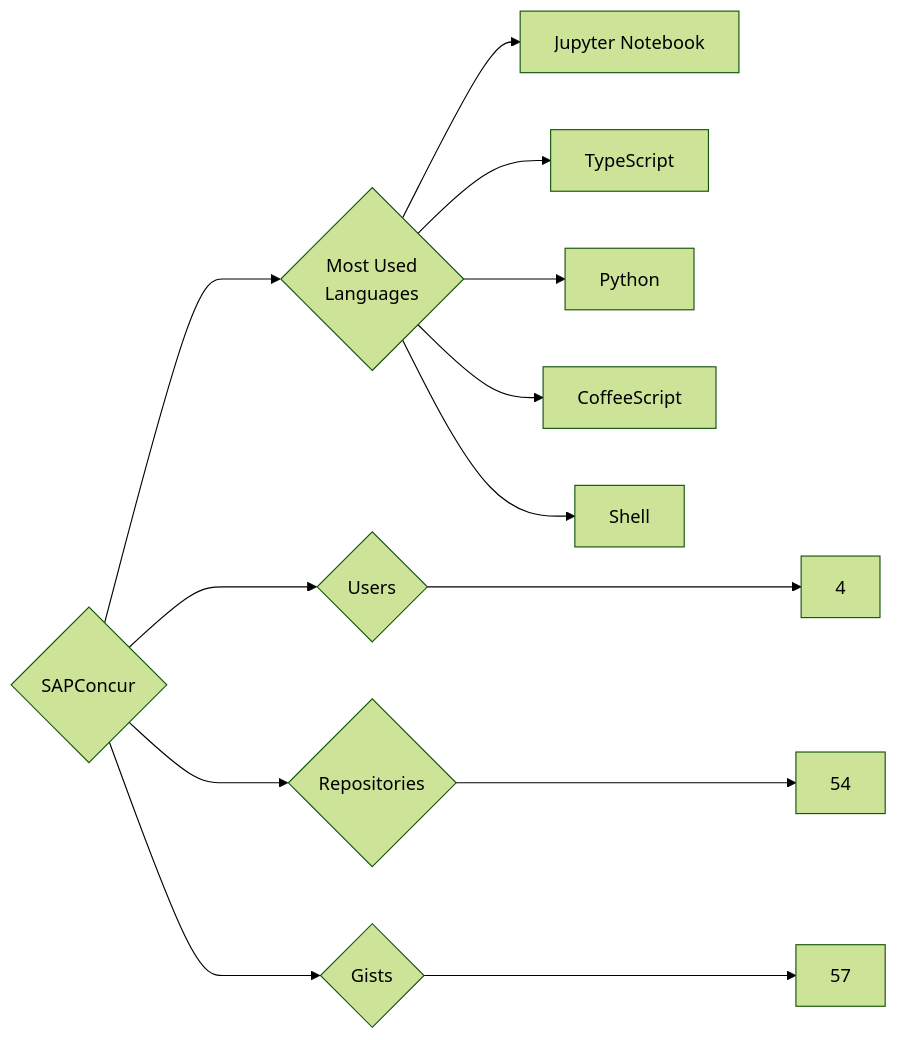
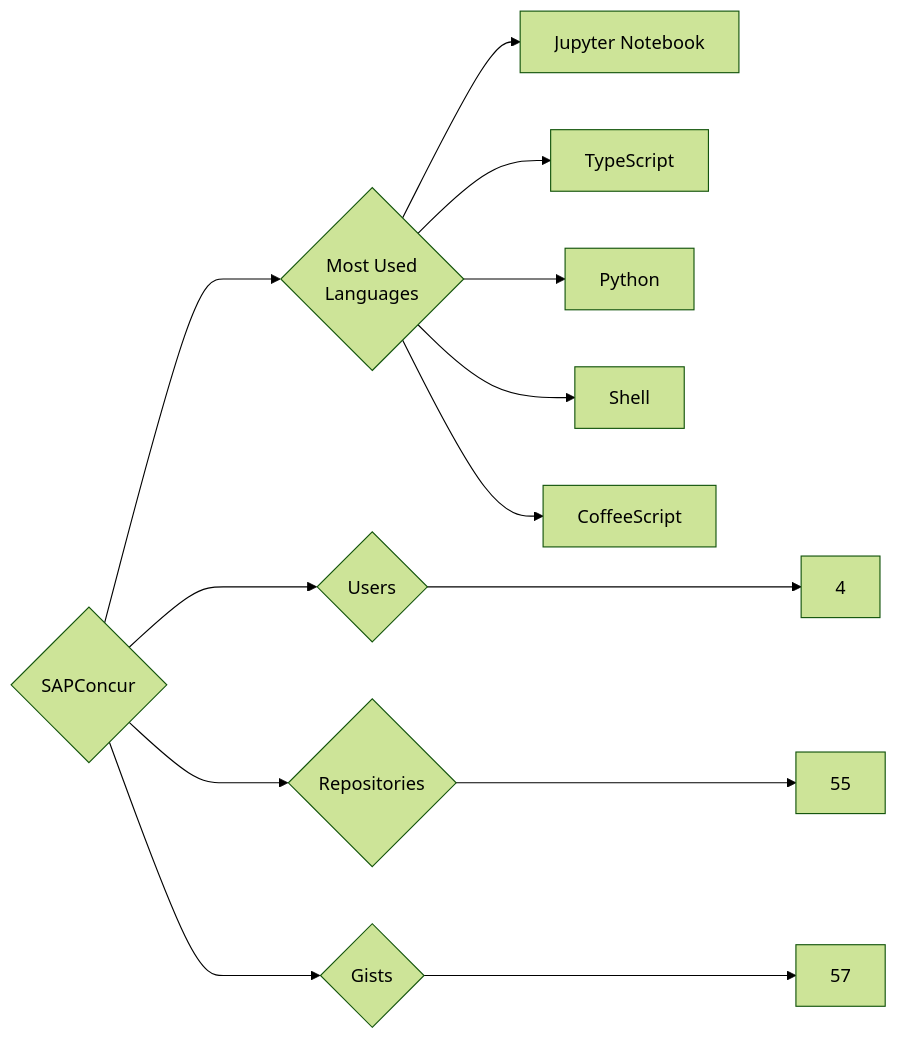
Before and after one commit to trickest/insiders: the diagram in targets/SAPConcur/README.md, drawn with Mermaid (forest theme). The commit also changed 1248 other files, not shown here.

````diff
--- a/targets/SAPConcur/README.md
+++ b/targets/SAPConcur/README.md
@@ -3,13 +3,13 @@
 ```mermaid
 graph LR
 COMPANY_NAME{SAPConcur}
 COMPANY_NAME ---> U{Users} ---> UN[4]
-COMPANY_NAME ---> R{Repositories} ---> RN[54]
+COMPANY_NAME ---> R{Repositories} ---> RN[55]
 COMPANY_NAME ---> G{Gists} ---> GN[57]
 COMPANY_NAME ---> ML{Most Used<br>Languages}
 ML --> Jupyter_Notebook[Jupyter Notebook]
 ML --> TypeScript[TypeScript]
 ML --> Python[Python]
+ML --> Shell[Shell]
 ML --> CoffeeScript[CoffeeScript]
-ML --> Shell[Shell]
 ```
````
